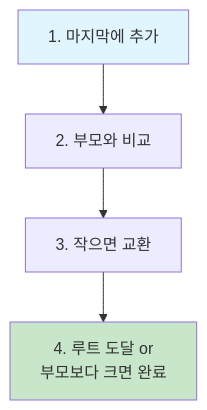
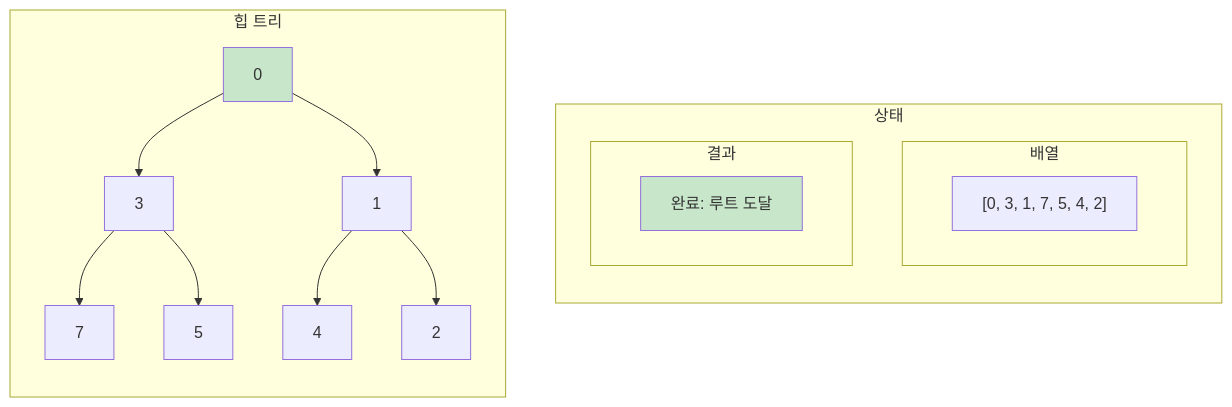
Before and after one commit to nugurejeil/weniVooks: the eighth of 12 diagrams in _md/essentials-codingtest/chapter03/03-6.md, drawn with Mermaid. The commit also changed other lines of this file and 3 other files, not shown here.

````diff
--- a/_md/essentials-codingtest/chapter03/03-6.md
+++ b/_md/essentials-codingtest/chapter03/03-6.md
@@ -130,9 +273,26 @@
 ```mermaid
-graph TD
-    A["1. 마지막에 추가"] --> B["2. 부모와 비교"]
-    B --> C["3. 작으면 교환"]
-    C --> D["4. 루트 도달 or<br/>부모보다 크면 완료"]
+flowchart LR
+    subgraph tree["힙 트리"]
+        direction TB
+        T4A["0"] --> T4B["3"]
+        T4A --> T4C["1"]
+        T4B --> T4D["7"]
+        T4B --> T4E["5"]
+        T4C --> T4F["4"]
+        T4C --> T4G["2"]
+        style T4A fill:#c8e6c9
+    end
 
-    style A fill:#e1f5ff
-    style D fill:#c8e6c9
+    subgraph info["상태"]
+        direction TB
+        subgraph array["배열"]
+            A4["[0, 3, 1, 7, 5, 4, 2]"]
+        end
+        subgraph result["결과"]
+            R4["완료: 루트 도달"]
+        end
+    end
+
+    tree ~~~ info
+    style R4 fill:#c8e6c9
 ```
````
